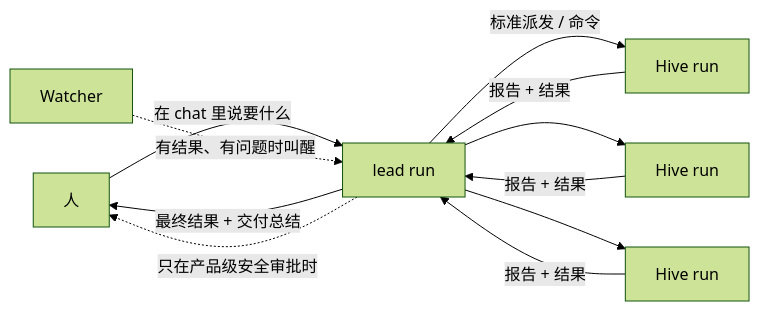
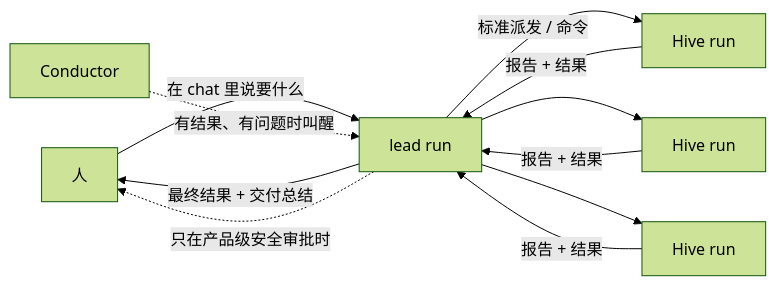
Before and after one commit to xg-gh-25/SwarmAI: the first of 2 diagrams in docs/design/2026-10-31-swarm-run.md, drawn with Mermaid (forest theme). The commit also changed other lines of this file, not shown here.

````diff
--- a/docs/design/2026-10-31-swarm-run.md
+++ b/docs/design/2026-10-31-swarm-run.md
@@ -86,11 +106,11 @@
 ```mermaid
 flowchart LR
   P[人] -->|在 chat 里说要什么| L[lead run]
   L -->|最终结果 + 交付总结| P
   L -->|标准派发 / 命令| H1[Hive run]
   L --> H2[Hive run]
   L --> H3[Hive run]
   H1 & H2 & H3 -->|报告 + 结果| L
-  W[Watcher] -.->|有结果、有问题时叫醒| L
+  W[Conductor] -.->|有结果、有问题时叫醒| L
   L -.->|只在产品级安全审批时| P
 ```
````
